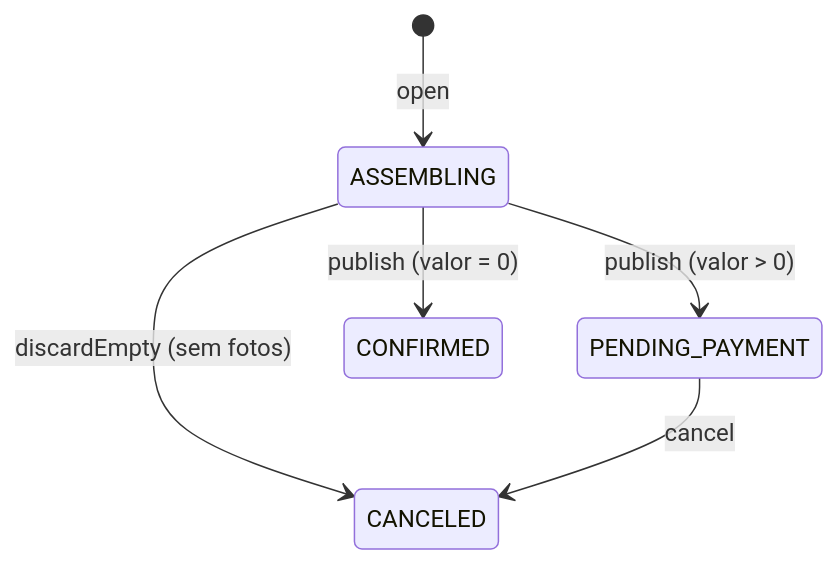
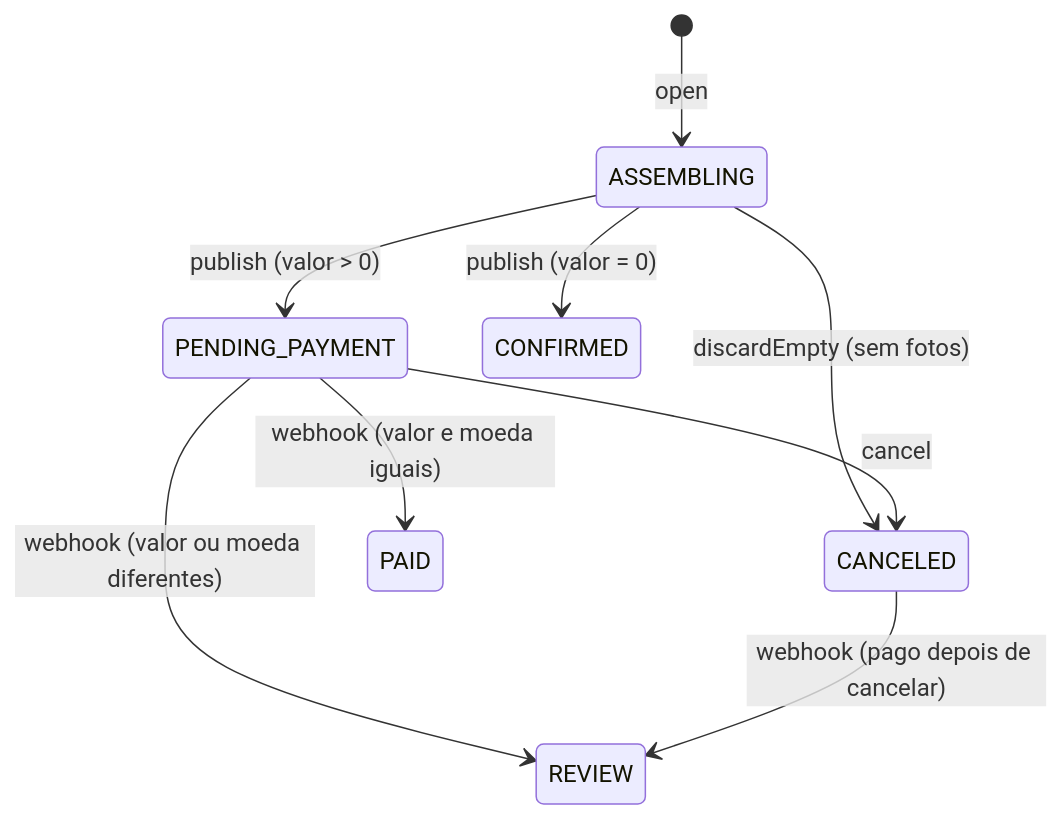
Before and after one commit to andreselva/lumora-docs: the diagram in developers/flows/orders.mdx, drawn with Mermaid. The commit also changed other lines of this file and 16 other files, not shown here.

````diff
--- a/developers/flows/orders.mdx
+++ b/developers/flows/orders.mdx
@@ -21,8 +23,11 @@
 ```mermaid
 stateDiagram-v2
   [*] --> ASSEMBLING: open
   ASSEMBLING --> PENDING_PAYMENT: publish (valor > 0)
   ASSEMBLING --> CONFIRMED: publish (valor = 0)
   ASSEMBLING --> CANCELED: discardEmpty (sem fotos)
   PENDING_PAYMENT --> CANCELED: cancel
+  PENDING_PAYMENT --> PAID: webhook (valor e moeda iguais)
+  PENDING_PAYMENT --> REVIEW: webhook (valor ou moeda diferentes)
+  CANCELED --> REVIEW: webhook (pago depois de cancelar)
 ```
````
